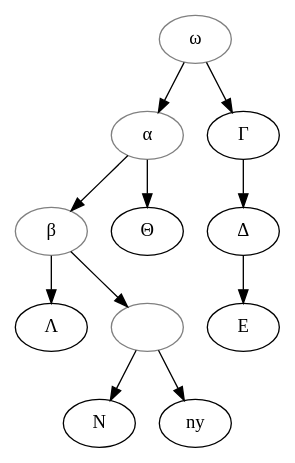
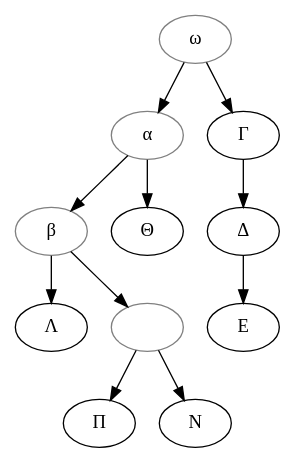
One commit to OpenStemmata/database changed the diagram in data/grc/Erbse_1961_Isokrates/stemma.gv. Above: the diagram before and after it, drawn with Graphviz. The commit also changed 8 other files, not shown here.

```diff
--- a/data/grc/Erbse_1961_Isokrates/stemma.gv
+++ b/data/grc/Erbse_1961_Isokrates/stemma.gv
@@ -1,23 +1,22 @@
 digraph {
 archetyp[color="grey", label="ω"] 
 hyparchetypalpha [color="grey", label="α"] 
 hyparchetypbeta [color="grey", label="β"] 
 gamma [label="Γ"] 
 delta [label="Δ"] 
 theta [label="Θ"] 
 lambda [label="Λ"] 
 piandny [label="", color="grey"] 
 pi [label="Π"]
-pi [label="Ν"]
 epsilon [label="E"] 
 archetyp -> gamma ;
 gamma -> delta ;
 delta -> epsilon ;
 archetyp -> hyparchetypalpha ;
 hyparchetypalpha -> theta ;
 hyparchetypalpha -> hyparchetypbeta ;
 hyparchetypbeta -> lambda ;
 hyparchetypbeta -> piandny ;
 piandny -> pi;
-piandny -> ny;
+piandny -> N;
 }
```
